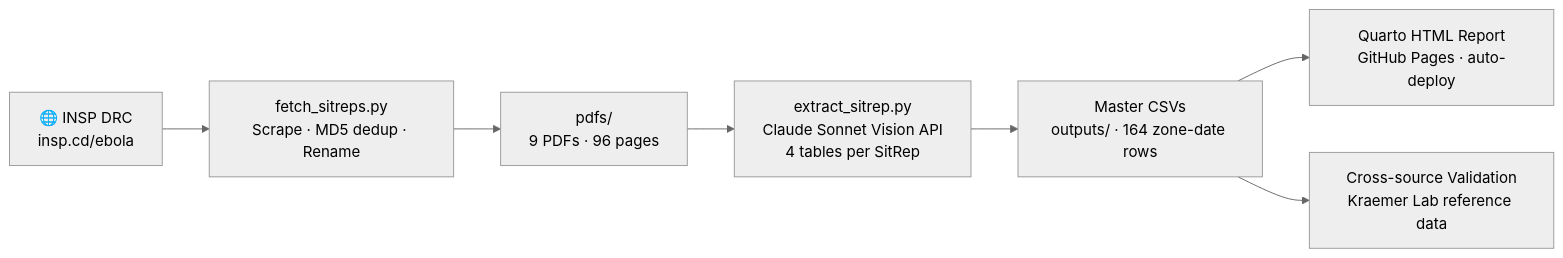
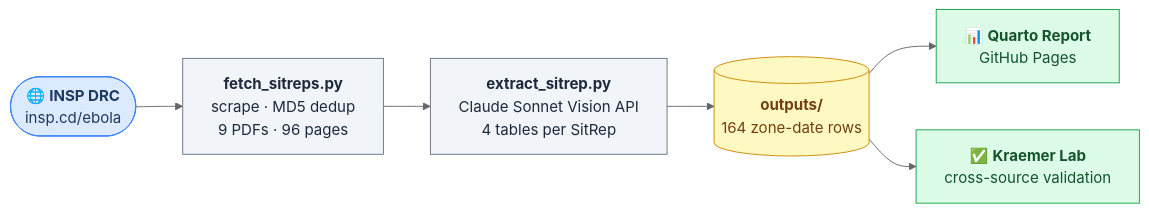
Before and after one commit to bquilty25/bvd_sitrep_extractor: the diagram in slides.qmd, drawn with Mermaid (neutral theme). The commit also changed 5 other files, not shown here.

````diff
--- a/slides.qmd
+++ b/slides.qmd
@@ -49,12 +49,19 @@
 ```{mermaid}
-%%| fig-width: 12
+%%| fig-width: 11
 flowchart LR
-    A["🌐 INSP DRC\ninsp.cd/ebola"] --> B
-    B["fetch_sitreps.py\nScrape · MD5 dedup · Rename"] --> C
-    C["pdfs/\n9 PDFs · 96 pages"] --> D
-    D["extract_sitrep.py\nClaude Sonnet Vision API\n4 tables per SitRep"] --> E
-    E["Master CSVs\noutputs/ · 164 zone-date rows"] --> F
-    E --> G
-    F["Quarto HTML Report\nGitHub Pages · auto-deploy"]
-    G["Cross-source Validation\nKraemer Lab reference data"]
+    A(["🌐 <b>INSP DRC</b><br/>insp.cd/ebola"]) --> B
+    B["<b>fetch_sitreps.py</b><br/>scrape · MD5 dedup<br/>9 PDFs · 96 pages"] --> C
+    C["<b>extract_sitrep.py</b><br/>Claude Sonnet Vision API<br/>4 tables per SitRep"] --> D
+    D[("<b>outputs/</b><br/>164 zone-date rows")] --> E & F
+    E["📊 <b>Quarto Report</b><br/>GitHub Pages"]
+    F["✅ <b>Kraemer Lab</b><br/>cross-source validation"]
+
+    classDef src  fill:#dbeafe,stroke:#3b82f6,color:#1e3a5f
+    classDef proc fill:#f1f5f9,stroke:#64748b,color:#1e293b
+    classDef db   fill:#fef9c3,stroke:#ca8a04,color:#713f12
+    classDef out  fill:#dcfce7,stroke:#16a34a,color:#14532d
+    class A src
+    class B,C proc
+    class D db
+    class E,F out
 ```
````
